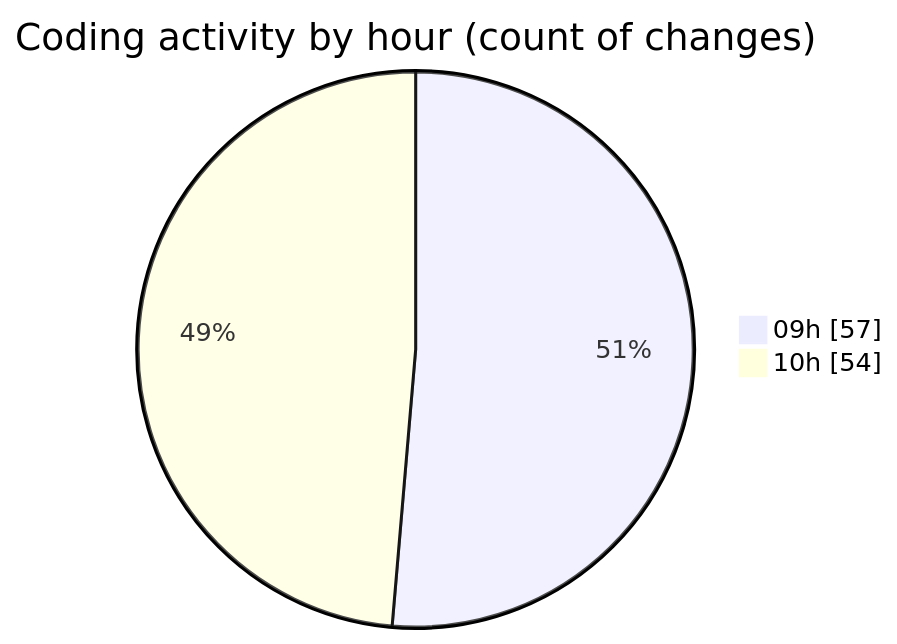
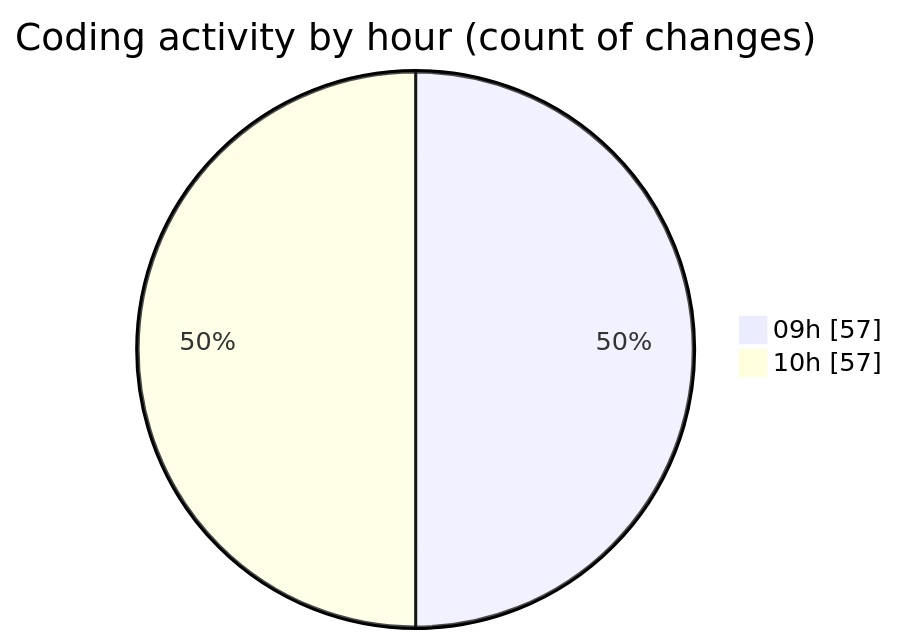
Before and after one commit to momahboobian/code-tracking: the second of 2 diagrams in 2025-09-19/cda/README.md, drawn with Mermaid. The commit also changed other lines of this file and 1 other file, not shown here.

````diff
--- a/2025-09-19/cda/README.md
+++ b/2025-09-19/cda/README.md
@@ -30,6 +30,6 @@
 ```mermaid
 pie showData
 title Coding activity by hour (count of changes)
 "09h" : 57
-"10h" : 54
+"10h" : 57
 ```
````
